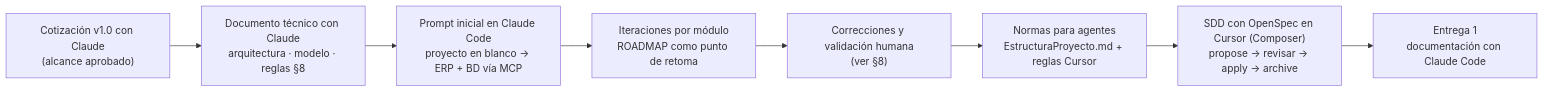
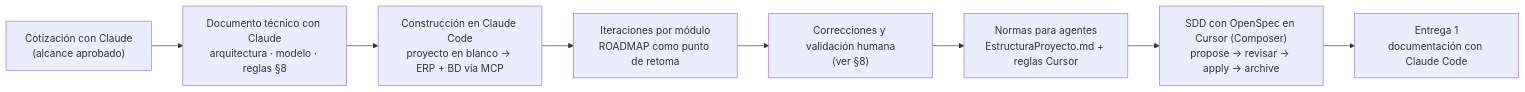
The diagram in prompts.md (MemoAlvarez86/AI4Devs-finalproject-GFAM), drawn with Mermaid before and after one commit. The commit also changed other lines of this file and 1 other file, not shown here.

````diff
--- a/prompts.md
+++ b/prompts.md
@@ -60,10 +59,10 @@
 ```mermaid
 flowchart LR
-    A["Cotización v1.0 con Claude<br/>(alcance aprobado)"] --> B["Documento técnico con Claude<br/>arquitectura · modelo · reglas §8"]
-    B --> C["Prompt inicial en Claude Code<br/>proyecto en blanco → ERP + BD vía MCP"]
+    A["Cotización con Claude<br/>(alcance aprobado)"] --> B["Documento técnico con Claude<br/>arquitectura · modelo · reglas §8"]
+    B --> C["Construcción en Claude Code<br/>proyecto en blanco → ERP + BD vía MCP"]
     C --> D["Iteraciones por módulo<br/>ROADMAP como punto de retoma"]
     D --> E["Correcciones y validación humana<br/>(ver §8)"]
     E --> F["Normas para agentes<br/>EstructuraProyecto.md + reglas Cursor"]
     F --> G["SDD con OpenSpec en Cursor (Composer)<br/>propose → revisar → apply → archive"]
     G --> H["Entrega 1<br/>documentación con Claude Code"]
 ```
````
